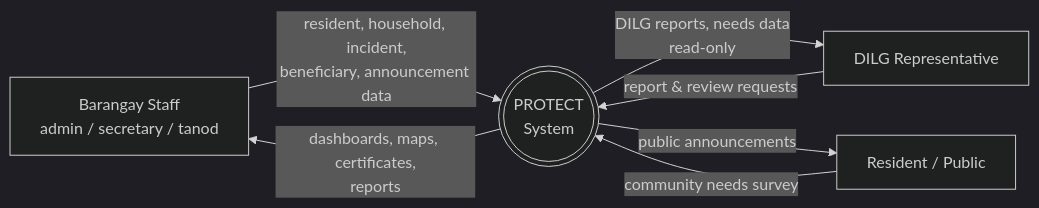
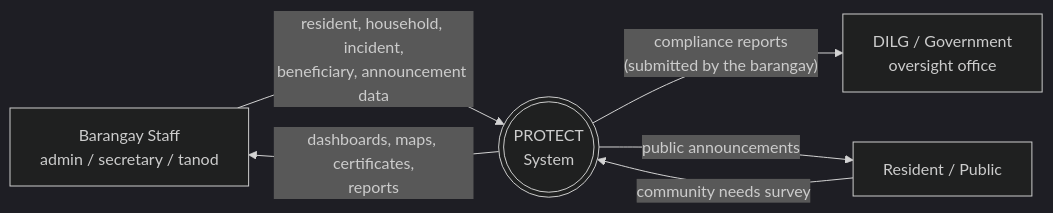
Before and after one commit to KellyEspera/protect: the second of 3 diagrams in DIAGRAMS.md, drawn with Mermaid (dark theme). The commit also changed other lines of this file and 16 other files, not shown here.

First line of the commit message:
Remove dilg_rep role; model DILG as external report recipient

````diff
--- a/DIAGRAMS.md
+++ b/DIAGRAMS.md
@@ -121,17 +82,16 @@
 ```mermaid
 flowchart LR
     Staff[Barangay Staff<br/>admin / secretary / tanod]
-    DILGrep[DILG Representative]
+    DILG[DILG / Government<br/>oversight office]
     Public[Resident / Public]
 
     System(((PROTECT<br/>System)))
 
     Staff -- resident, household, incident,<br/>beneficiary, announcement data --> System
     System -- dashboards, maps, certificates,<br/>reports --> Staff
 
-    DILGrep -- report & review requests --> System
-    System -- DILG reports, needs data<br/>read-only --> DILGrep
+    System -- compliance reports<br/>(submitted by the barangay) --> DILG
 
     Public -- community needs survey --> System
     System -- public announcements --> Public
 ```
````
